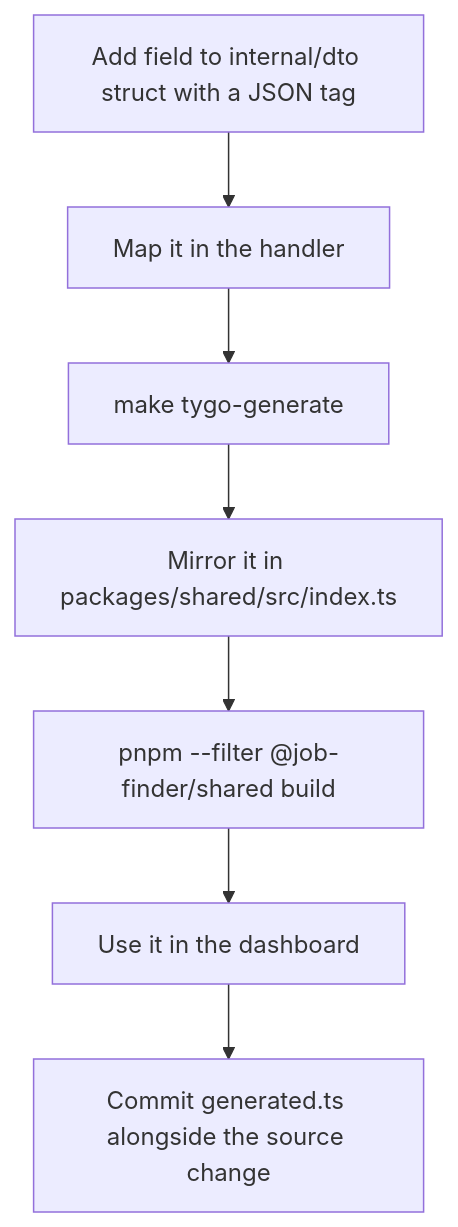
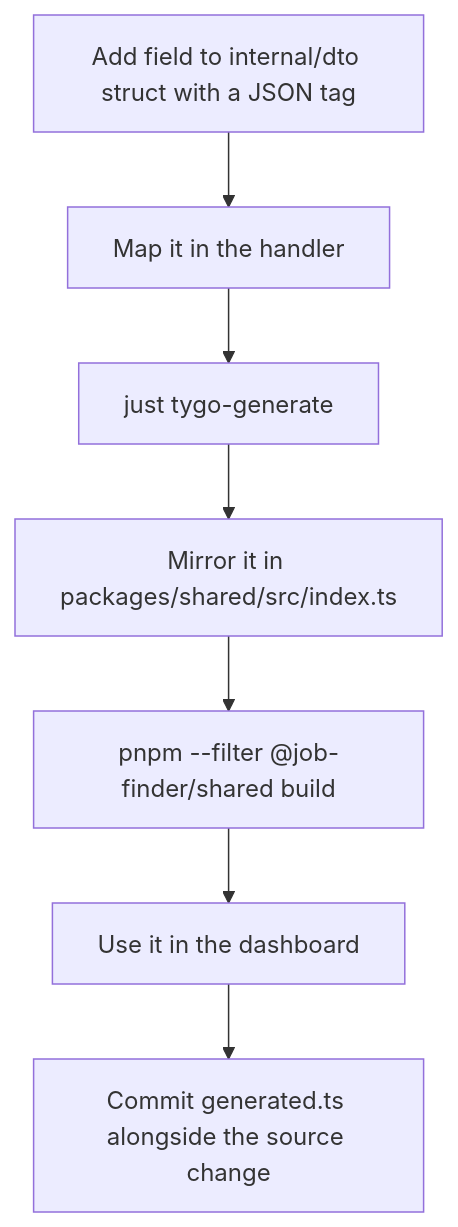
Before and after one commit to nonamecat19/job-finder: the third of 3 diagrams in docs/docs/backend/dto-and-contracts.md, drawn with Mermaid. The commit also changed other lines of this file and 26 other files, not shown here.

````diff
--- a/docs/docs/backend/dto-and-contracts.md
+++ b/docs/docs/backend/dto-and-contracts.md
@@ -110,9 +110,9 @@
 ```mermaid
 flowchart TD
     A["Add field to internal/dto struct with a JSON tag"] --> B["Map it in the handler"]
-    B --> C["make tygo-generate"]
+    B --> C["just tygo-generate"]
     C --> D["Mirror it in packages/shared/src/index.ts"]
     D --> E["pnpm --filter @job-finder/shared build"]
     E --> F["Use it in the dashboard"]
     F --> G["Commit generated.ts alongside the source change"]
 ```
````
